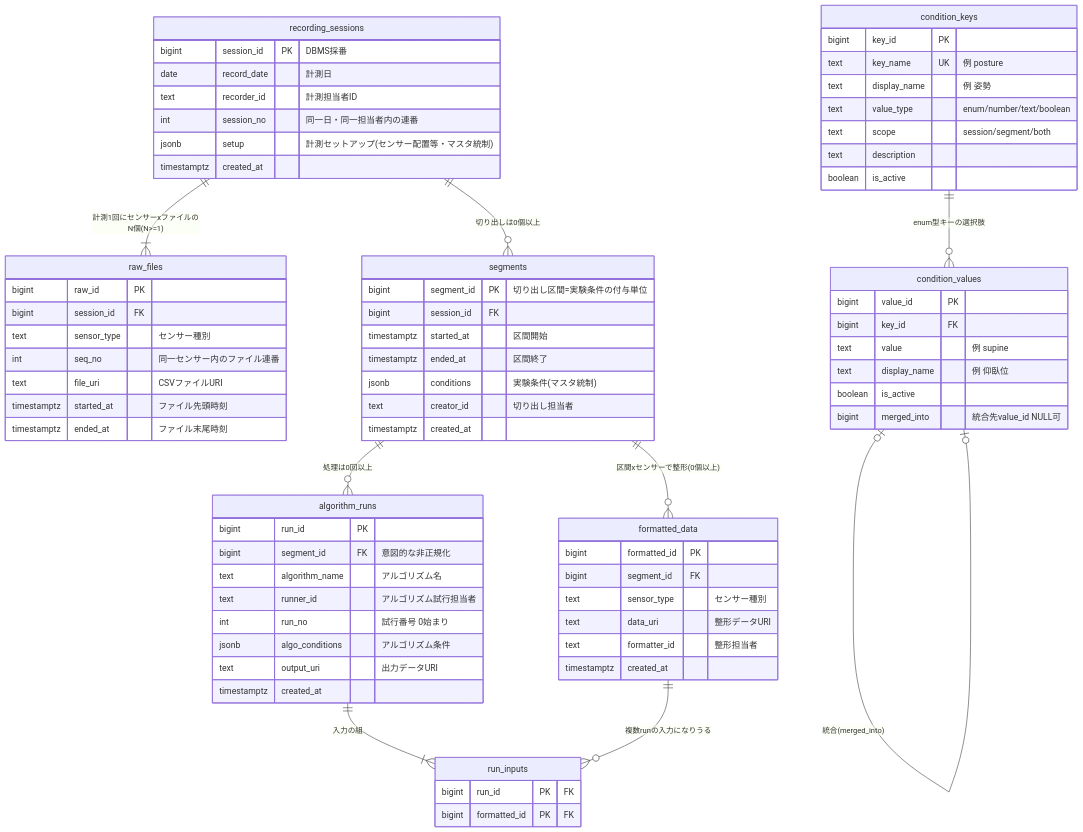
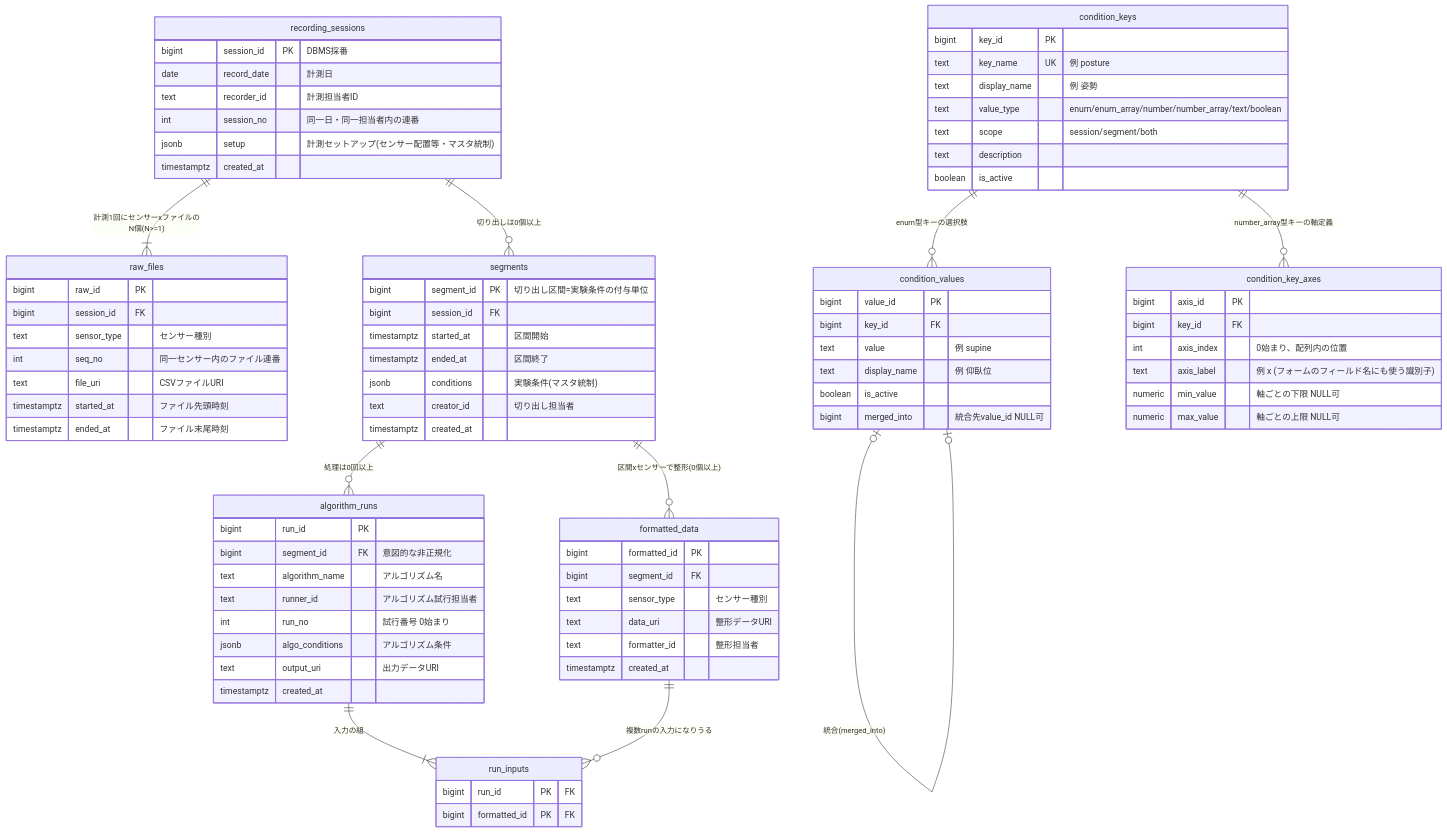
One commit to kotaroPurple/experimental_db_trial changed the diagram in docs/er.md. Above: the diagram before and after it, drawn with Mermaid. The commit also changed 10 other files, not shown here.

First line of the commit message:
Add number_array condition type for multi-dimensional values (DD-19)

````diff
--- a/docs/er.md
+++ b/docs/er.md
@@ -61,7 +61,7 @@
         bigint key_id PK
         text key_name UK "例 posture"
         text display_name "例 姿勢"
-        text value_type "enum/number/text/boolean"
+        text value_type "enum/enum_array/number/number_array/text/boolean"
         text scope "session/segment/both"
         text description
         boolean is_active
@@ -76,6 +76,15 @@
         bigint merged_into "統合先value_id NULL可"
     }
 
+    condition_key_axes {
+        bigint axis_id PK
+        bigint key_id FK
+        int axis_index "0始まり、配列内の位置"
+        text axis_label "例 x (フォームのフィールド名にも使う識別子)"
+        numeric min_value "軸ごとの下限 NULL可"
+        numeric max_value "軸ごとの上限 NULL可"
+    }
+
     recording_sessions ||--|{ raw_files : "計測1回にセンサーxファイルのN個(N>=1)"
     recording_sessions ||--o{ segments : "切り出しは0個以上"
     segments ||--o{ formatted_data : "区間xセンサーで整形(0個以上)"
@@ -83,5 +92,6 @@
     algorithm_runs ||--|{ run_inputs : "入力の組"
     formatted_data ||--o{ run_inputs : "複数runの入力になりうる"
     condition_keys ||--o{ condition_values : "enum型キーの選択肢"
+    condition_keys ||--o{ condition_key_axes : "number_array型キーの軸定義"
     condition_values |o--o| condition_values : "統合(merged_into)"
 ```
````
